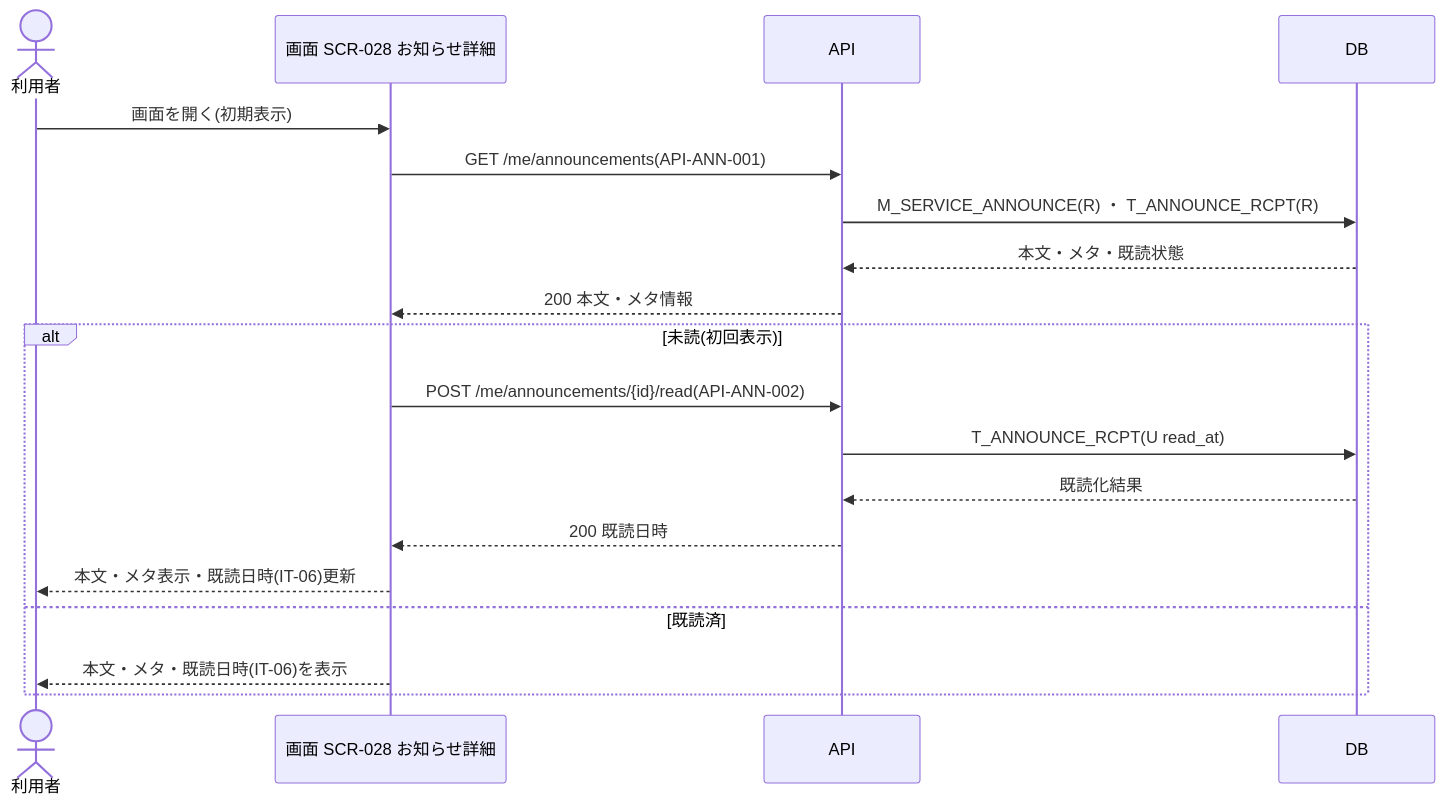
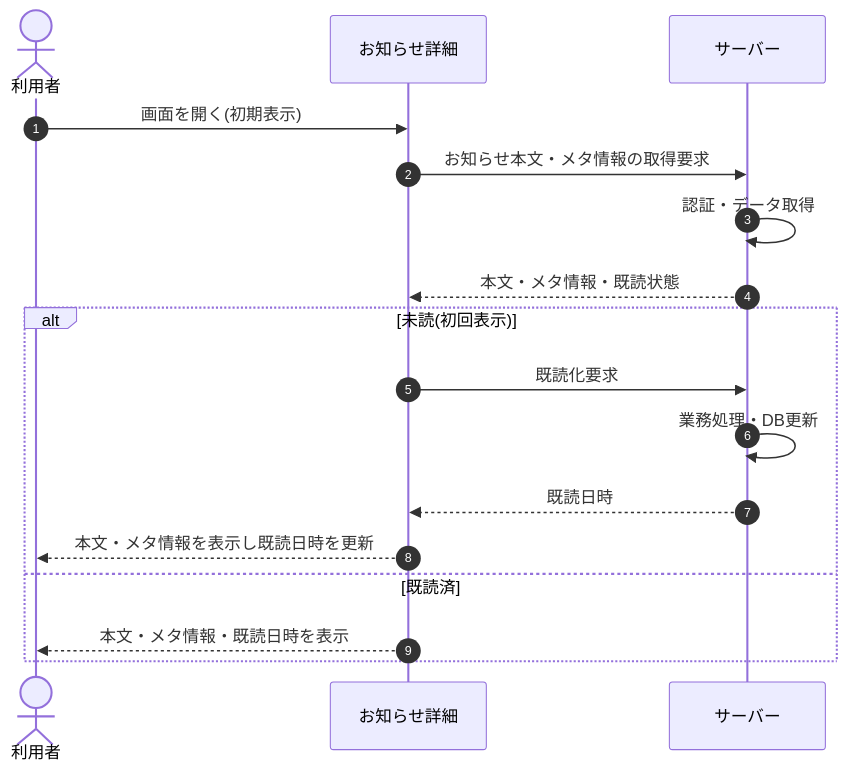
Before and after one commit to sikakou54/open-faq: the diagram in 02_basic_design/05_sequences/SEQ-063.md, drawn with Mermaid. The commit also changed other lines of this file and 108 other files, not shown here.

First line of the commit message:
基本設計: シーケンス図を基本設計粒度(ユーザー/画面/サーバー)へ再編成

````diff
--- a/02_basic_design/05_sequences/SEQ-063.md
+++ b/02_basic_design/05_sequences/SEQ-063.md
@@ -25,21 +32,19 @@
 ```mermaid
 sequenceDiagram
+  autonumber
   actor U as 利用者
-  participant S as 画面 SCR-028 お知らせ詳細
-  participant API as API
-  participant DB as DB
-  U->>S: 画面を開く(初期表示)
-  S->>API: GET /me/announcements(API-ANN-001)
-  API->>DB: M_SERVICE_ANNOUNCE(R) ・ T_ANNOUNCE_RCPT(R)
-  DB-->>API: 本文・メタ・既読状態
-  API-->>S: 200 本文・メタ情報
+  participant Screen as お知らせ詳細
+  participant Server as サーバー
+  U->>Screen: 画面を開く(初期表示)
+  Screen->>Server: お知らせ本文・メタ情報の取得要求
+  Server->>Server: 認証・データ取得
+  Server-->>Screen: 本文・メタ情報・既読状態
   alt 未読(初回表示)
-    S->>API: POST /me/announcements/{id}/read(API-ANN-002)
-    API->>DB: T_ANNOUNCE_RCPT(U read_at)
-    DB-->>API: 既読化結果
-    API-->>S: 200 既読日時
-    S-->>U: 本文・メタ表示・既読日時(IT-06)更新
+    Screen->>Server: 既読化要求
+    Server->>Server: 業務処理・DB更新
+    Server-->>Screen: 既読日時
+    Screen-->>U: 本文・メタ情報を表示し既読日時を更新
   else 既読済
-    S-->>U: 本文・メタ・既読日時(IT-06)を表示
+    Screen-->>U: 本文・メタ情報・既読日時を表示
   end
 ```
````
